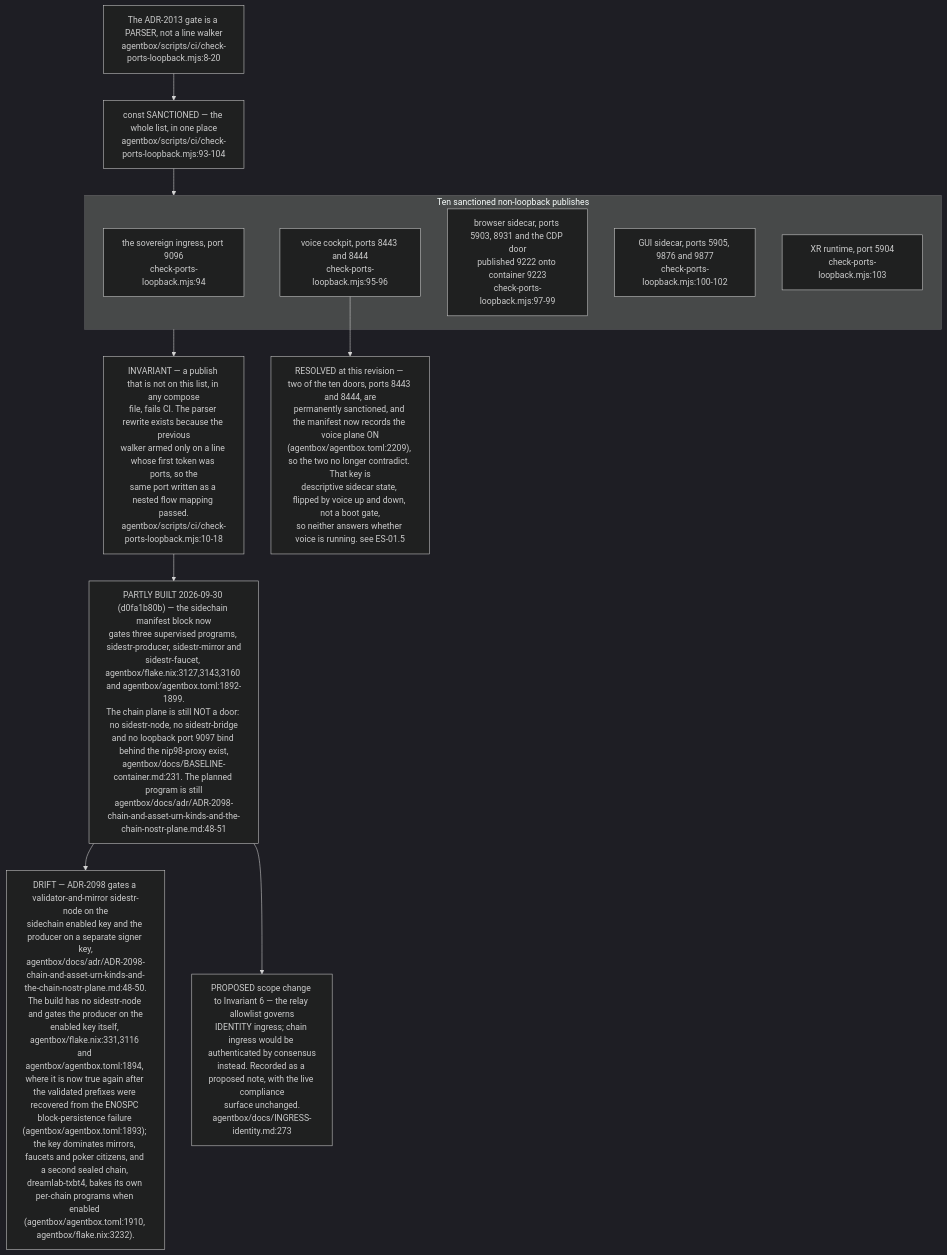
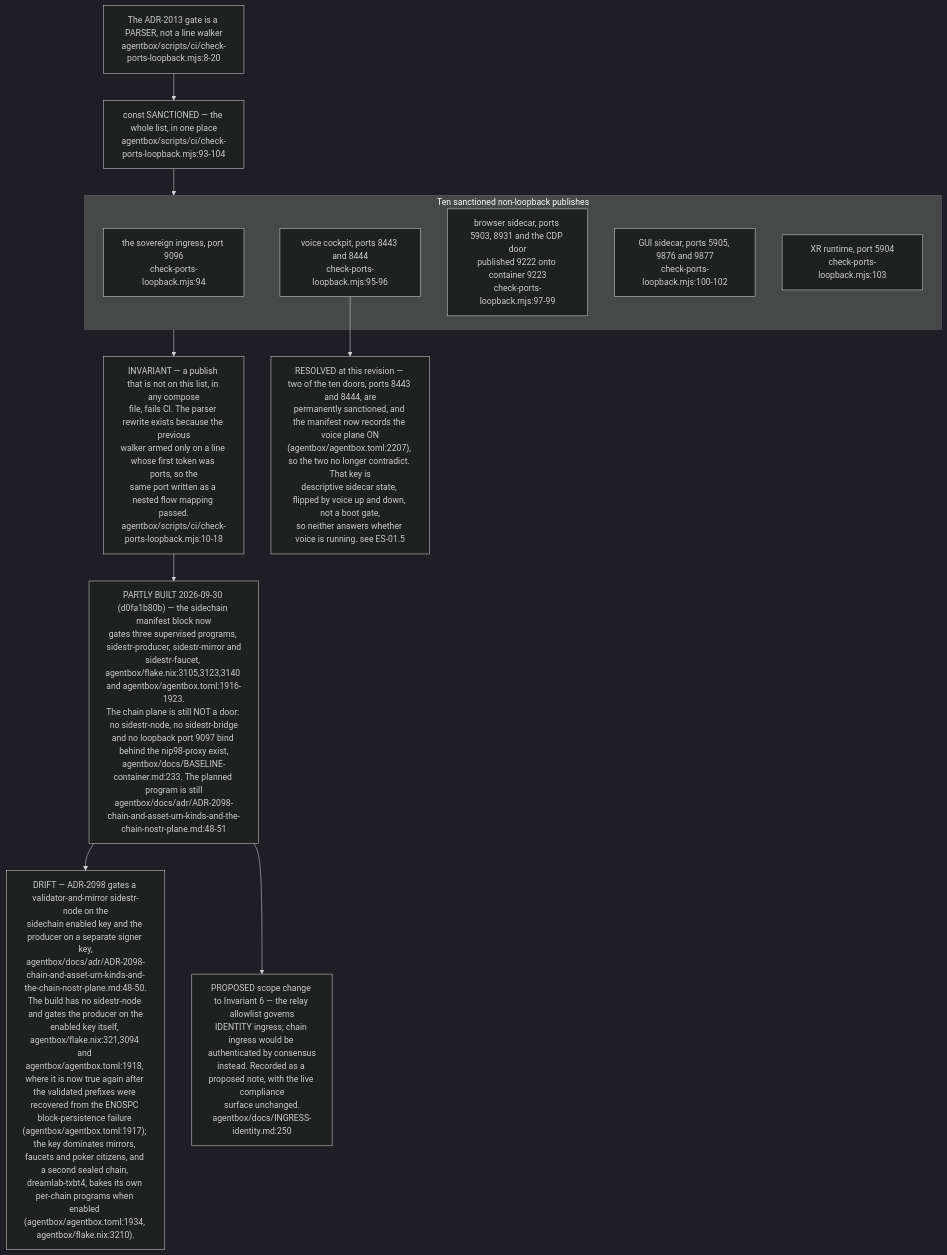
Diagram 11 of 11 in docs/diagrams/estate/10-deployment-and-security-profiles.md (DreamLab-AI/VisionFlow), drawn with Mermaid (dark theme) before and after one commit. The commit also changed other lines of this file and 145 other files, not shown here.

````diff
--- a/docs/diagrams/estate/10-deployment-and-security-profiles.md
+++ b/docs/diagrams/estate/10-deployment-and-security-profiles.md
@@ -441,29 +442,29 @@
 ```mermaid
 flowchart TB
     GATE["The ADR-2013 gate is a PARSER, not a line walker<br/>agentbox/scripts/ci/check-ports-loopback.mjs:8-20"]
     LIST["const SANCTIONED — the whole list, in one place<br/>agentbox/scripts/ci/check-ports-loopback.mjs:93-104"]
     GATE --> LIST
 
     subgraph DOORS["Ten sanctioned non-loopback publishes"]
         D0["the sovereign ingress, port 9096<br/>check-ports-loopback.mjs:94"]
         D1["voice cockpit, ports 8443 and 8444<br/>check-ports-loopback.mjs:95-96"]
         D2["browser sidecar, ports 5903, 8931 and the CDP door<br/>published 9222 onto container 9223<br/>check-ports-loopback.mjs:97-99"]
         D3["GUI sidecar, ports 5905, 9876 and 9877<br/>check-ports-loopback.mjs:100-102"]
         D4["XR runtime, port 5904<br/>check-ports-loopback.mjs:103"]
     end
     LIST --> DOORS
 
     INV["INVARIANT — a publish that is not on this list, in any compose<br/>file, fails CI. The parser rewrite exists because the previous<br/>walker armed only on a line whose first token was ports, so the<br/>same port written as a nested flow mapping passed.<br/>agentbox/scripts/ci/check-ports-loopback.mjs:10-18"]
     DOORS --> INV
 
-    PROP["PARTLY BUILT 2026-09-30 (d0fa1b80b) — the sidechain manifest block now<br/>gates three supervised programs, sidestr-producer, sidestr-mirror and<br/>sidestr-faucet, agentbox/flake.nix:3127,3143,3160 and agentbox/agentbox.toml:1892-1899.<br/>The chain plane is still NOT a door: no sidestr-node, no sidestr-bridge<br/>and no loopback port 9097 bind behind the nip98-proxy exist,<br/>agentbox/docs/BASELINE-container.md:231. The planned program is still<br/>agentbox/docs/adr/ADR-2098-chain-and-asset-urn-kinds-and-the-chain-nostr-plane.md:48-51"]
+    PROP["PARTLY BUILT 2026-09-30 (d0fa1b80b) — the sidechain manifest block now<br/>gates three supervised programs, sidestr-producer, sidestr-mirror and<br/>sidestr-faucet, agentbox/flake.nix:3105,3123,3140 and agentbox/agentbox.toml:1916-1923.<br/>The chain plane is still NOT a door: no sidestr-node, no sidestr-bridge<br/>and no loopback port 9097 bind behind the nip98-proxy exist,<br/>agentbox/docs/BASELINE-container.md:233. The planned program is still<br/>agentbox/docs/adr/ADR-2098-chain-and-asset-urn-kinds-and-the-chain-nostr-plane.md:48-51"]
     INV --> PROP
-    GATEDRIFT["DRIFT — ADR-2098 gates a validator-and-mirror sidestr-node on the<br/>sidechain enabled key and the producer on a separate signer key,<br/>agentbox/docs/adr/ADR-2098-chain-and-asset-urn-kinds-and-the-chain-nostr-plane.md:48-50.<br/>The build has no sidestr-node and gates the producer on the<br/>enabled key itself, agentbox/flake.nix:331,3116 and agentbox/agentbox.toml:1894, where it is now true again after the validated prefixes were recovered from the ENOSPC block-persistence failure (agentbox/agentbox.toml:1893); the key dominates mirrors, faucets and poker citizens, and a second sealed chain, dreamlab-txbt4, bakes its own per-chain programs when enabled (agentbox/agentbox.toml:1910, agentbox/flake.nix:3232)."]
+    GATEDRIFT["DRIFT — ADR-2098 gates a validator-and-mirror sidestr-node on the<br/>sidechain enabled key and the producer on a separate signer key,<br/>agentbox/docs/adr/ADR-2098-chain-and-asset-urn-kinds-and-the-chain-nostr-plane.md:48-50.<br/>The build has no sidestr-node and gates the producer on the<br/>enabled key itself, agentbox/flake.nix:321,3094 and agentbox/agentbox.toml:1918, where it is now true again after the validated prefixes were recovered from the ENOSPC block-persistence failure (agentbox/agentbox.toml:1917); the key dominates mirrors, faucets and poker citizens, and a second sealed chain, dreamlab-txbt4, bakes its own per-chain programs when enabled (agentbox/agentbox.toml:1934, agentbox/flake.nix:3210)."]
     PROP --> GATEDRIFT
 
-    NARROW["PROPOSED scope change to Invariant 6 — the relay allowlist governs<br/>IDENTITY ingress; chain ingress would be authenticated by consensus<br/>instead. Recorded as a proposed note, with the live compliance<br/>surface unchanged.<br/>agentbox/docs/INGRESS-identity.md:273"]
+    NARROW["PROPOSED scope change to Invariant 6 — the relay allowlist governs<br/>IDENTITY ingress; chain ingress would be authenticated by consensus<br/>instead. Recorded as a proposed note, with the live compliance<br/>surface unchanged.<br/>agentbox/docs/INGRESS-identity.md:250"]
     PROP --> NARROW
 
-    TENSION["RESOLVED at this revision — two of the ten doors, ports 8443 and 8444, are<br/>permanently sanctioned, and the manifest now records the voice plane ON<br/>(agentbox/agentbox.toml:2209), so the two no longer contradict. That key is<br/>descriptive sidecar state, flipped by voice up and down, not a boot gate,<br/>so neither answers whether voice is running. see ES-01.5"]
+    TENSION["RESOLVED at this revision — two of the ten doors, ports 8443 and 8444, are<br/>permanently sanctioned, and the manifest now records the voice plane ON<br/>(agentbox/agentbox.toml:2207), so the two no longer contradict. That key is<br/>descriptive sidecar state, flipped by voice up and down, not a boot gate,<br/>so neither answers whether voice is running. see ES-01.5"]
     D1 --> TENSION
 ```
````
